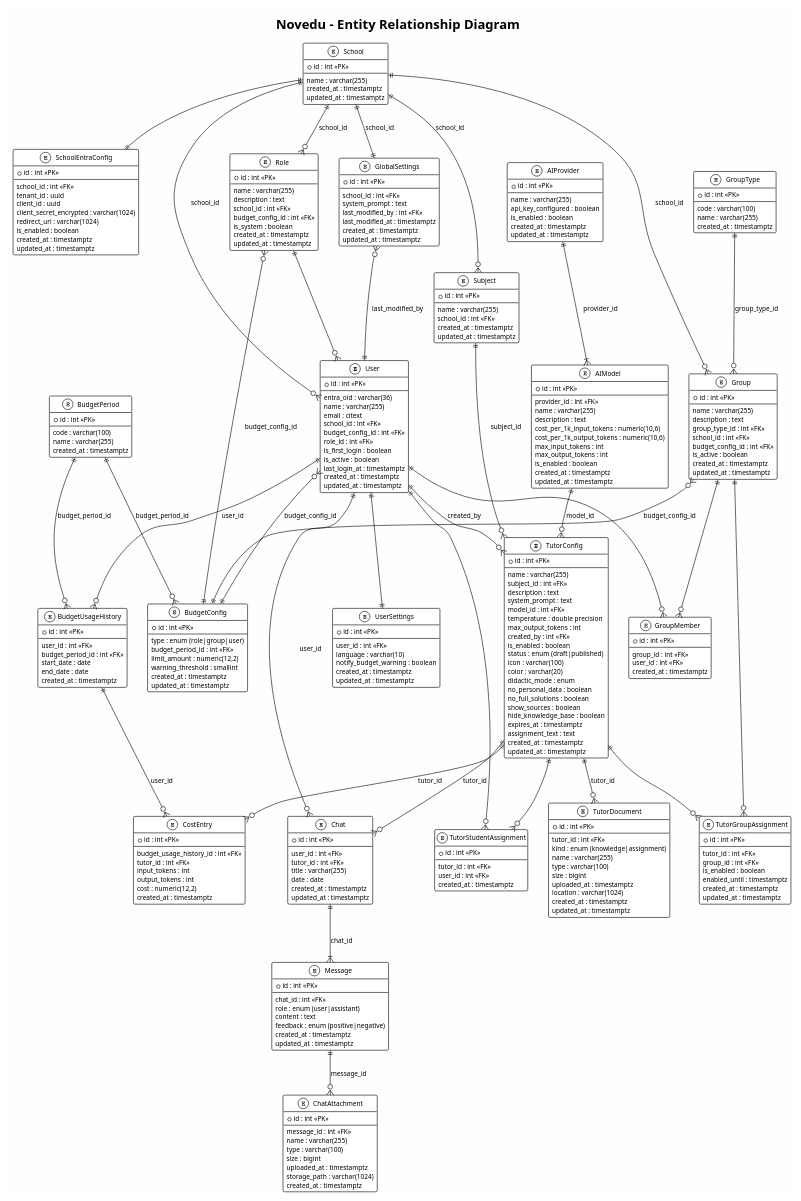
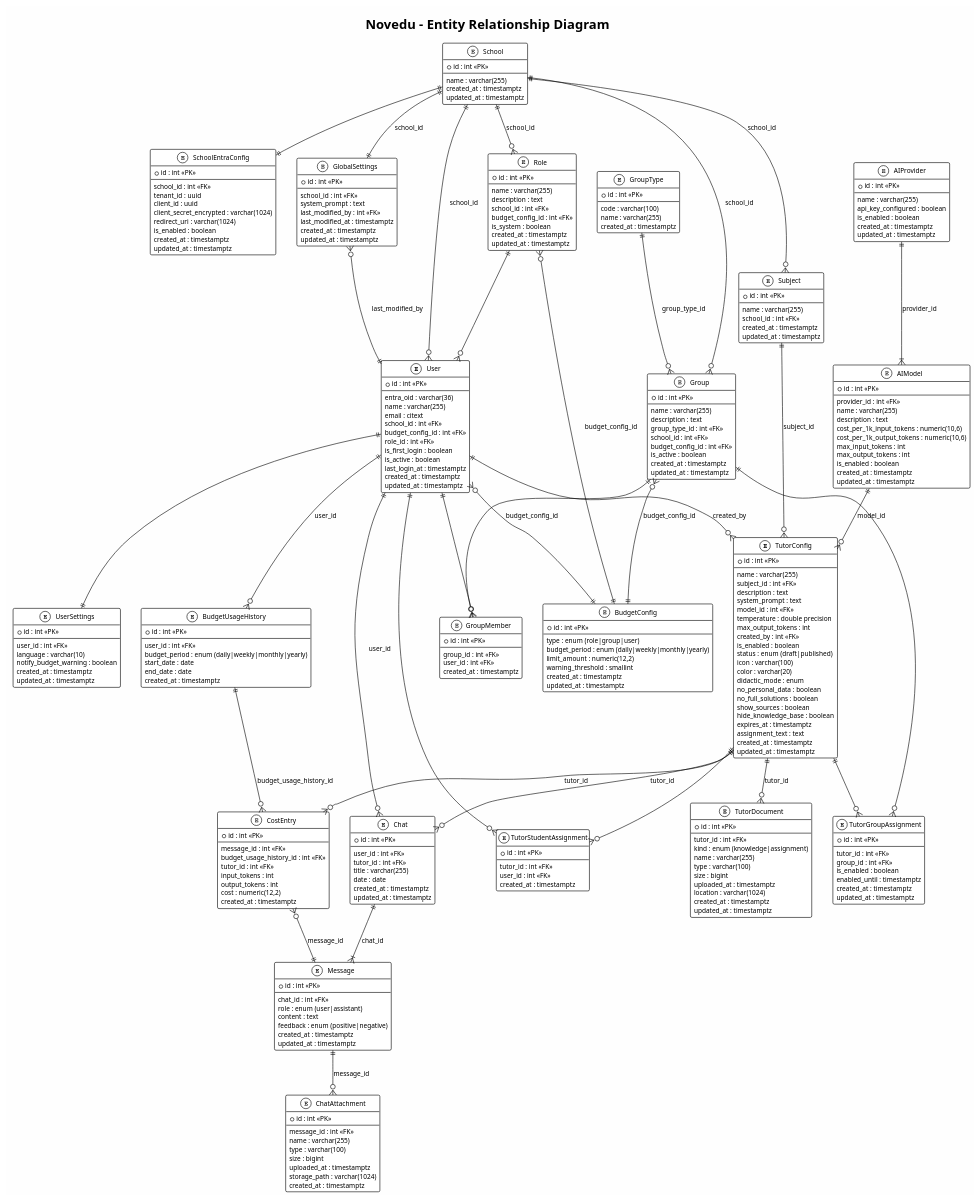
The diagram in docs/analysis/erd.puml (melanie-bauer/Novedu), drawn with PlantUML before and after one commit.

Commit message:
docs: update ERD to replace BudgetPeriod with budget_period enum and add message_id to CostEntry #28

```diff
--- a/docs/analysis/erd.puml
+++ b/docs/analysis/erd.puml
@@ -57,19 +57,11 @@
   updated_at : timestamptz
 }
 
-entity "BudgetPeriod" as BudgetPeriod {
-  * id : int <<PK>>
-  --
-  code : varchar(100)
-  name : varchar(255)
-  created_at : timestamptz
-}
-
 entity "BudgetUsageHistory" as BudgetUsageHistory {
   * id : int <<PK>>
   --
   user_id : int <<FK>>
-  budget_period_id : int <<FK>>
+  budget_period : enum (daily|weekly|monthly|yearly)
   start_date : date
   end_date : date
   created_at : timestamptz
@@ -262,7 +254,7 @@
   * id : int <<PK>>
   --
   type : enum (role|group|user)
-  budget_period_id : int <<FK>>
+  budget_period : enum (daily|weekly|monthly|yearly)
   limit_amount : numeric(12,2)
   warning_threshold : smallint
   created_at : timestamptz
@@ -272,6 +264,7 @@
 entity "CostEntry" as CostEntry {
   * id : int <<PK>>
   --
+  message_id : int <<FK>>
   budget_usage_history_id : int <<FK>>
   tutor_id : int <<FK>>
   input_tokens : int
@@ -306,7 +299,6 @@
 ' Nutzer & Budget-Historie
 User ||--|| UserSettings : ""
 User ||--o{ BudgetUsageHistory : "user_id"
-BudgetPeriod ||--o{ BudgetUsageHistory : "budget_period_id"
 
 ' Gruppen (Group = Class im Frontend)
 GroupType ||--o{ Group : "group_type_id"
@@ -337,8 +329,8 @@
 User }o--|| BudgetConfig : "budget_config_id"
 Group }o--|| BudgetConfig : "budget_config_id"
 Role }o--|| BudgetConfig : "budget_config_id"
-BudgetPeriod ||--o{ BudgetConfig : "budget_period_id"
-BudgetUsageHistory ||--o{ CostEntry : "user_id"
+BudgetUsageHistory ||--o{ CostEntry : "budget_usage_history_id"
+CostEntry }o--|| Message: "message_id"
 TutorConfig ||--o{ CostEntry : "tutor_id"
 GlobalSettings }o--|| User : "last_modified_by"
 
```
